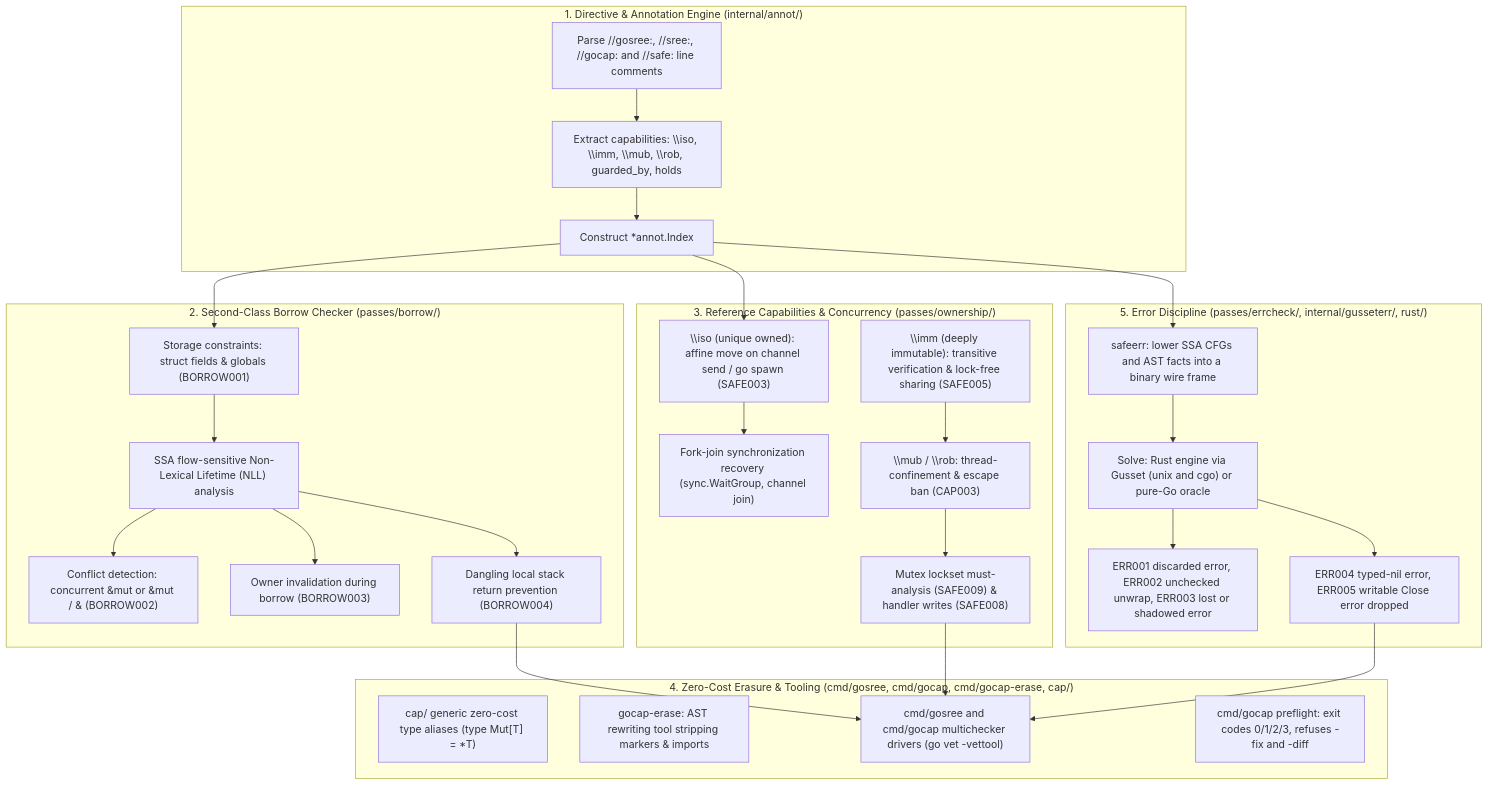
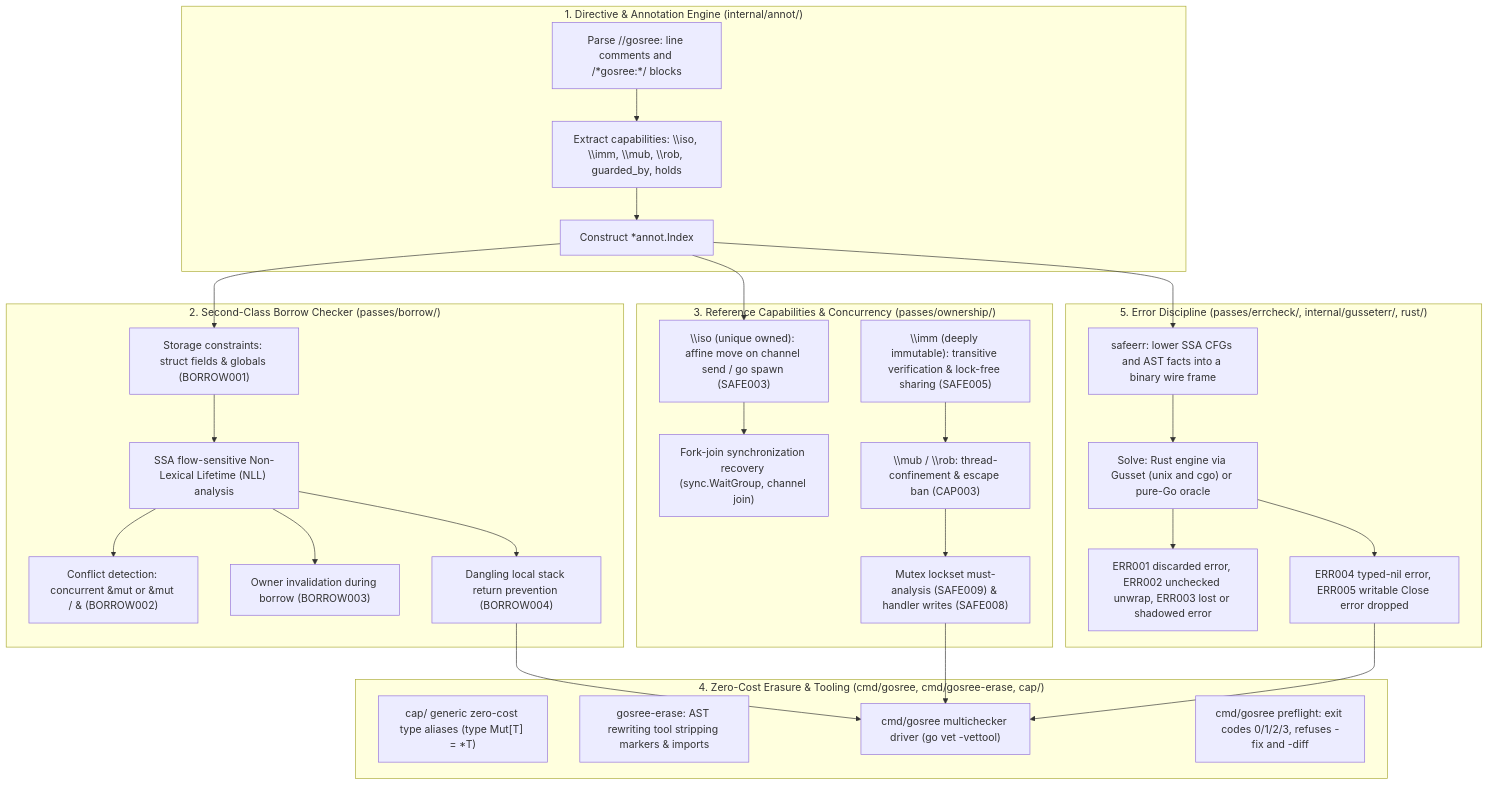
The diagram in PROJECT.md (bharathvbcr/GoSree), drawn with Mermaid before and after one commit. The commit also changed other lines of this file and 13 other files, not shown here.

````diff
--- a/PROJECT.md
+++ b/PROJECT.md
@@ -20,50 +20,50 @@
 ```mermaid
 flowchart TD
     subgraph Directives ["1. Directive & Annotation Engine (internal/annot/)"]
-        D1["Parse //gosree:, //sree:, //gocap: and //safe: line comments"]
+        D1["Parse //gosree: line comments and /*gosree:*/ blocks"]
         D2["Extract capabilities: \\iso, \\imm, \\mub, \\rob, guarded_by, holds"]
         D3["Construct *annot.Index"]
         D1 --> D2 --> D3
     end
 
     subgraph Borrows ["2. Second-Class Borrow Checker (passes/borrow/)"]
         B1["Storage constraints: struct fields & globals (BORROW001)"]
         B2["SSA flow-sensitive Non-Lexical Lifetime (NLL) analysis"]
         B3["Conflict detection: concurrent &mut or &mut / & (BORROW002)"]
         B4["Owner invalidation during borrow (BORROW003)"]
         B5["Dangling local stack return prevention (BORROW004)"]
         B1 --> B2 --> B3 & B4 & B5
     end
 
     subgraph Ownership ["3. Reference Capabilities & Concurrency (passes/ownership/)"]
         O1["\\iso (unique owned): affine move on channel send / go spawn (SAFE003)"]
         O2["Fork-join synchronization recovery (sync.WaitGroup, channel join)"]
         O3["\\imm (deeply immutable): transitive verification & lock-free sharing (SAFE005)"]
         O4["\\mub / \\rob: thread-confinement & escape ban (CAP003)"]
         O5["Mutex lockset must-analysis (SAFE009) & handler writes (SAFE008)"]
         O1 --> O2
         O3 --> O4 --> O5
     end
 
-    subgraph Toolchain ["4. Zero-Cost Erasure & Tooling (cmd/gosree, cmd/gocap, cmd/gocap-erase, cap/)"]
+    subgraph Toolchain ["4. Zero-Cost Erasure & Tooling (cmd/gosree, cmd/gosree-erase, cap/)"]
         T1["cap/ generic zero-cost type aliases (type Mut[T] = *T)"]
-        T2["gocap-erase: AST rewriting tool stripping markers & imports"]
-        T3["cmd/gosree and cmd/gocap multichecker drivers (go vet -vettool)"]
-        T4["cmd/gocap preflight: exit codes 0/1/2/3, refuses -fix and -diff"]
+        T2["gosree-erase: AST rewriting tool stripping markers & imports"]
+        T3["cmd/gosree multichecker driver (go vet -vettool)"]
+        T4["cmd/gosree preflight: exit codes 0/1/2/3, refuses -fix and -diff"]
     end
 
     subgraph Errors ["5. Error Discipline (passes/errcheck/, internal/gusseterr/, rust/)"]
         E1["safeerr: lower SSA CFGs and AST facts into a binary wire frame"]
         E2["Solve: Rust engine via Gusset (unix and cgo) or pure-Go oracle"]
         E3["ERR001 discarded error, ERR002 unchecked unwrap, ERR003 lost or shadowed error"]
         E4["ERR004 typed-nil error, ERR005 writable Close error dropped"]
         E1 --> E2 --> E3 & E4
     end
 
     D3 --> B1
     D3 --> O1
     D3 --> E1
     B5 --> T3
     O5 --> T3
     E4 --> T3
 ```
````
